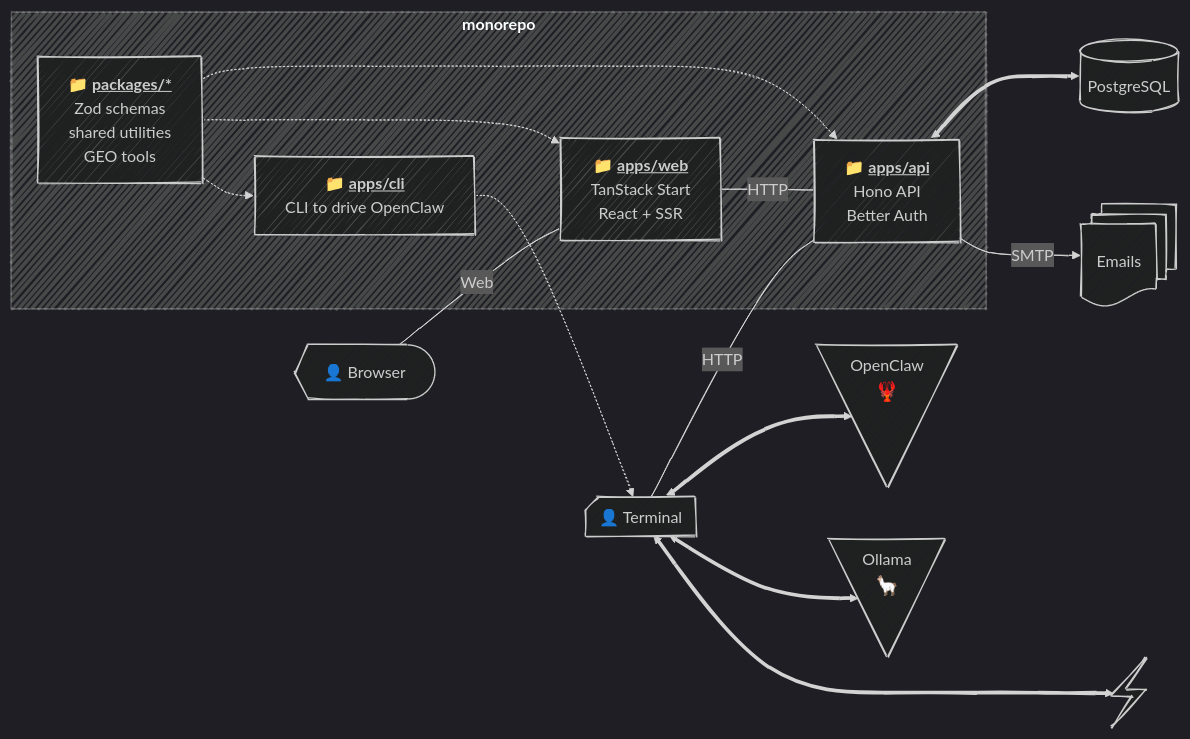
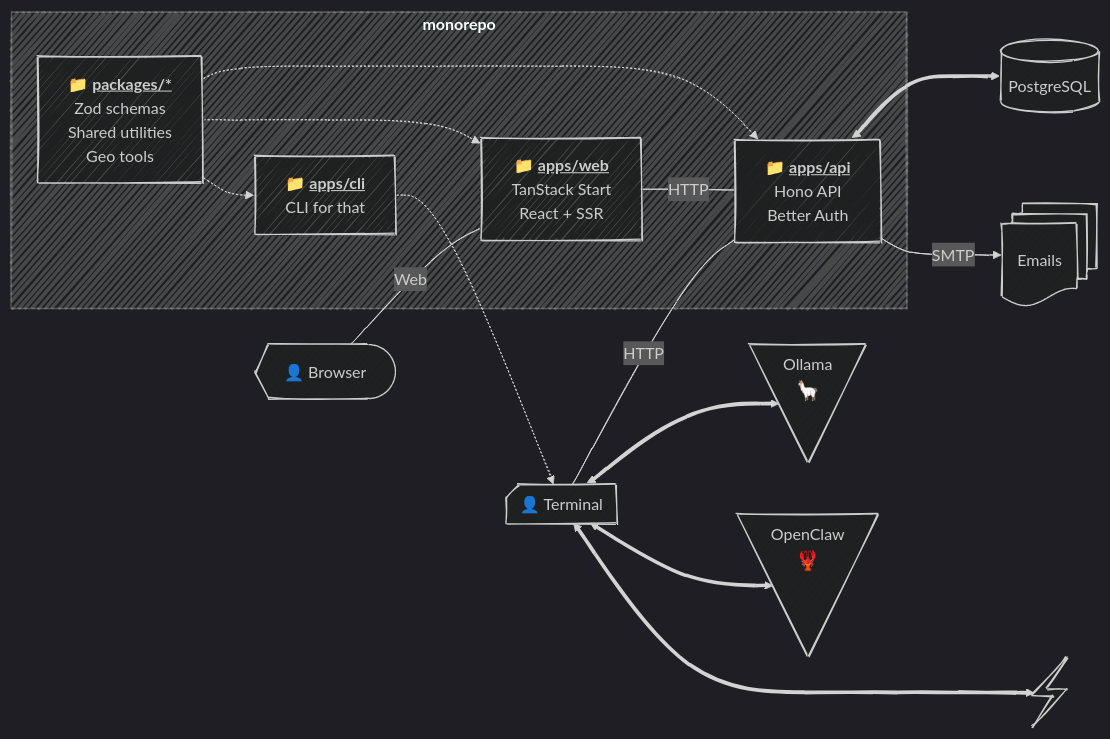
The diagram in docs/index.md (SubZtep/kaja), drawn with Mermaid before and after one commit. The commit also changed 11 other files, not shown here.

````diff
--- a/docs/index.md
+++ b/docs/index.md
@@ -15,38 +15,38 @@
 ```mermaid
 ---
 config:
   look: handDrawn
   theme: dark
 ---
 flowchart LR
   U@{ shape: curv-trap, label: "👤 Browser" }
   UW@{ shape: notch-rect, label: "👤 Terminal" }
+  L@{ shape: manual-file, label: "Ollama<br><big>🦙</big>" }
   O@{ shape: manual-file, label: "OpenClaw<br><big>🦞</big>" }
-  L@{ shape: manual-file, label: "Ollama<br><big>🦙</big>" }
   B@{ shape: bolt }
 
   D[(PostgreSQL)]
   E@{ shape: docs, label: "Emails"}
 
   subgraph "`**monorepo**`"
     A["📁 <strong><u>apps/api</u></strong><br/>Hono API<br/>Better Auth"]
     W["📁 <strong><u>apps/web</u></strong><br/>TanStack Start<br/>React + SSR"]
-    P["📁 <strong><u>packages/*</u></strong><br/>Zod schemas<br/>shared utilities<br>GEO tools"]
-    WW["📁 <strong><u>apps/cli</u></strong><br/>CLI to drive OpenClaw"]
+    P["📁 <strong><u>packages/*</u></strong><br/>Zod schemas<br/>Shared utilities<br>Geo tools"]
+    WW["📁 <strong><u>apps/cli</u></strong><br/>CLI for that"]
   end
 
   P -.-> A
   P -.-> W
   P -.-> WW
 
   U -- Web --- W
   UW -- HTTP --- A
+  WW -.-> UW
+  UW <==> L
   UW <==> O
-  UW <==> L
-  WW -.-> UW
   UW <===> B
 
   W -- HTTP --- A
   A <==> D
   A -- SMTP --> E
 ```
````
